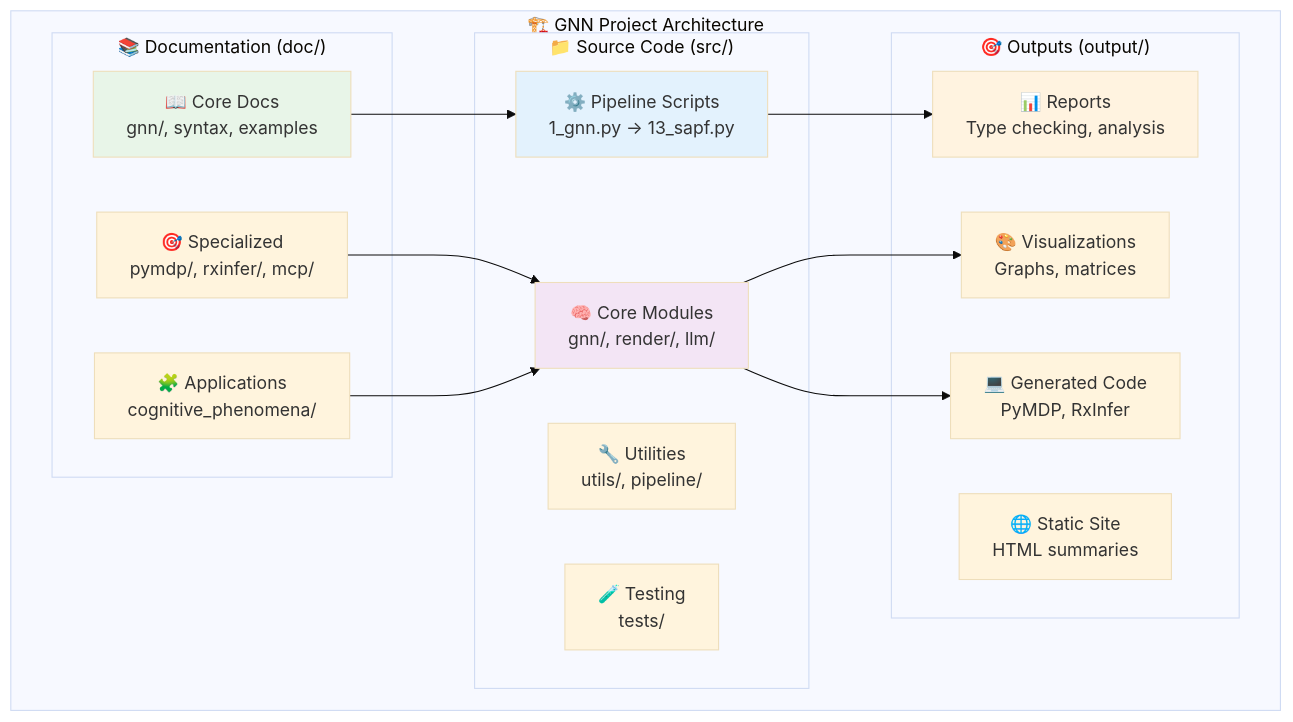
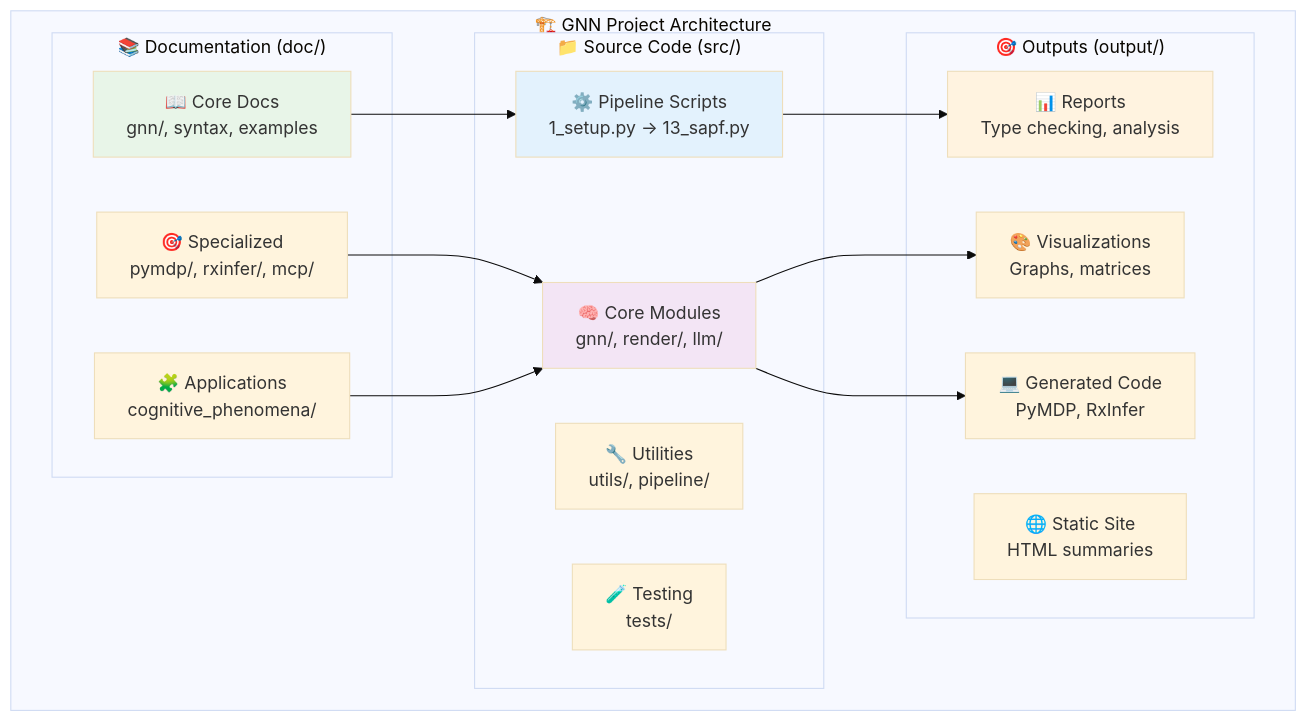
One commit to ActiveInferenceInstitute/GeneralizedNotationNotation changed the second of 4 diagrams in README.md. Above: the diagram before and after it, drawn with Mermaid (base theme). The commit also changed other lines of this file and 46 other files, not shown here.

````diff
--- a/README.md
+++ b/README.md
@@ -137,36 +137,36 @@
 ```mermaid
 graph TB
     subgraph "🏗️ GNN Project Architecture"
         subgraph "📁 Source Code (src/)"
-            A[⚙️ Pipeline Scripts<br/>1_gnn.py → 13_sapf.py]
+            A[⚙️ Pipeline Scripts<br/>1_setup.py → 13_sapf.py]
             B[🧠 Core Modules<br/>gnn/, render/, llm/]
             C[🔧 Utilities<br/>utils/, pipeline/]
             D[🧪 Testing<br/>tests/]
         end
         
         subgraph "📚 Documentation (doc/)"
             E[📖 Core Docs<br/>gnn/, syntax, examples]
             F[🎯 Specialized<br/>pymdp/, rxinfer/, mcp/]
             G[🧩 Applications<br/>cognitive_phenomena/]
         end
         
         subgraph "🎯 Outputs (output/)"
             H[📊 Reports<br/>Type checking, analysis]
             I[🎨 Visualizations<br/>Graphs, matrices]
             J[💻 Generated Code<br/>PyMDP, RxInfer]
             K[🌐 Static Site<br/>HTML summaries]
         end
     end
     
     A --> H
     B --> I
     B --> J
     E --> A
     F --> B
     G --> B
     
     style A fill:#e3f2fd
     style B fill:#f3e5f5
     style E fill:#e8f5e8
     style H fill:#fff3e0
 ```
````
